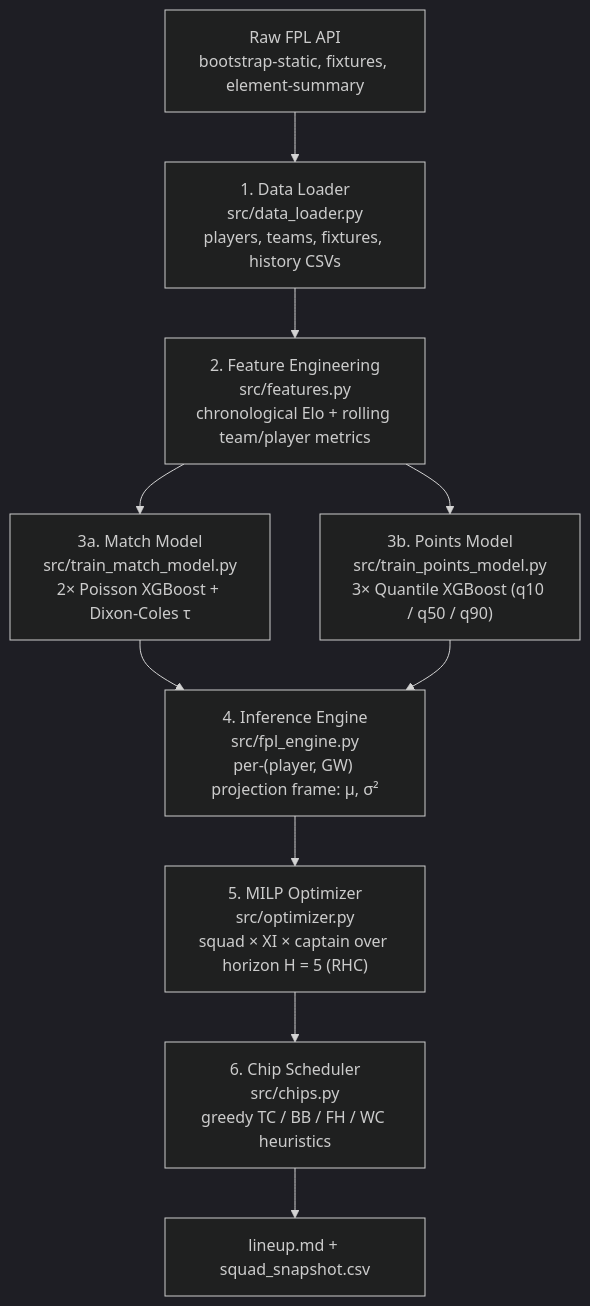
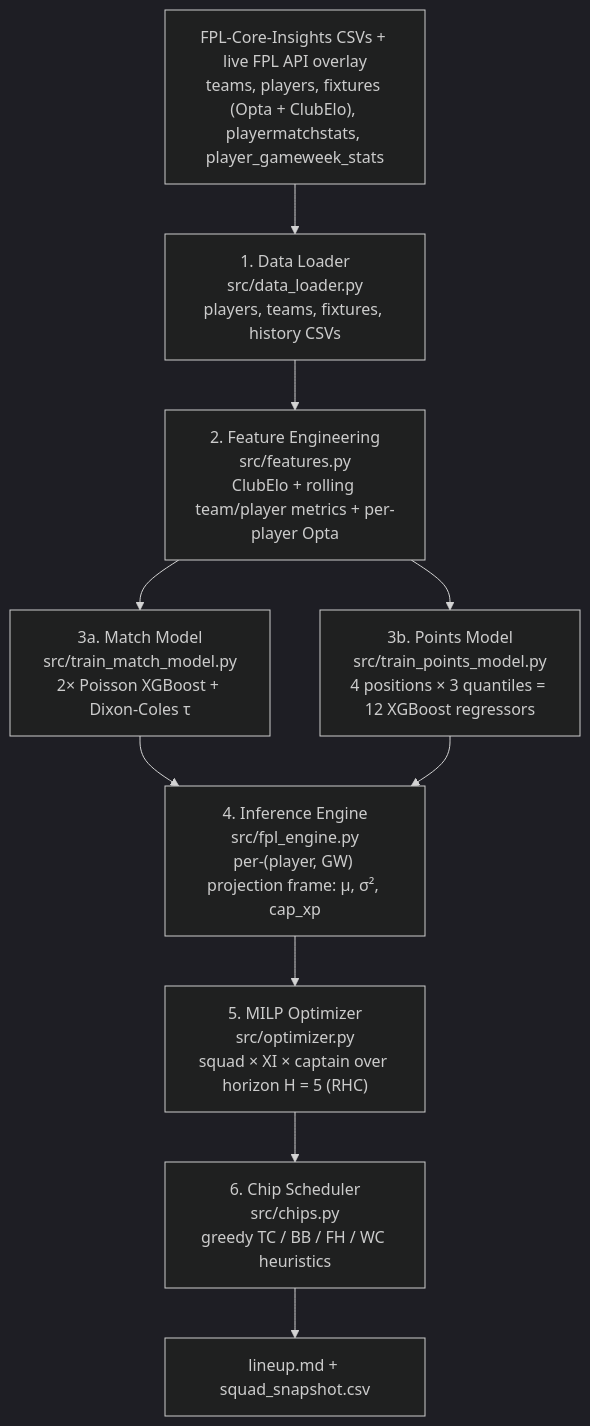
The diagram in docs/README.md (truong-tt/fpl-ml-manager), drawn with Mermaid (dark theme) before and after one commit. The commit also changed other lines of this file and 30 other files, not shown here.

````diff
--- a/docs/README.md
+++ b/docs/README.md
@@ -37,18 +37,18 @@
 ```mermaid
 flowchart TD
-    A["Raw FPL API<br/>bootstrap-static, fixtures, element-summary"]
+    A["FPL-Core-Insights CSVs + live FPL API overlay<br/>teams, players, fixtures (Opta + ClubElo), playermatchstats, player_gameweek_stats"]
     B["1. Data Loader<br/>src/data_loader.py<br/>players, teams, fixtures, history CSVs"]
-    C["2. Feature Engineering<br/>src/features.py<br/>chronological Elo + rolling team/player metrics"]
+    C["2. Feature Engineering<br/>src/features.py<br/>ClubElo + rolling team/player metrics + per-player Opta"]
     D["3a. Match Model<br/>src/train_match_model.py<br/>2× Poisson XGBoost + Dixon-Coles τ"]
-    E["3b. Points Model<br/>src/train_points_model.py<br/>3× Quantile XGBoost (q10 / q50 / q90)"]
-    F["4. Inference Engine<br/>src/fpl_engine.py<br/>per-(player, GW) projection frame: μ, σ²"]
+    E["3b. Points Model<br/>src/train_points_model.py<br/>4 positions × 3 quantiles = 12 XGBoost regressors"]
+    F["4. Inference Engine<br/>src/fpl_engine.py<br/>per-(player, GW) projection frame: μ, σ², cap_xp"]
     G["5. MILP Optimizer<br/>src/optimizer.py<br/>squad × XI × captain over horizon H = 5 (RHC)"]
     H["6. Chip Scheduler<br/>src/chips.py<br/>greedy TC / BB / FH / WC heuristics"]
     I["lineup.md + squad_snapshot.csv"]
     A --> B --> C
     C --> D
     C --> E
     D --> F
     E --> F
     F --> G --> H --> I
 ```
````
